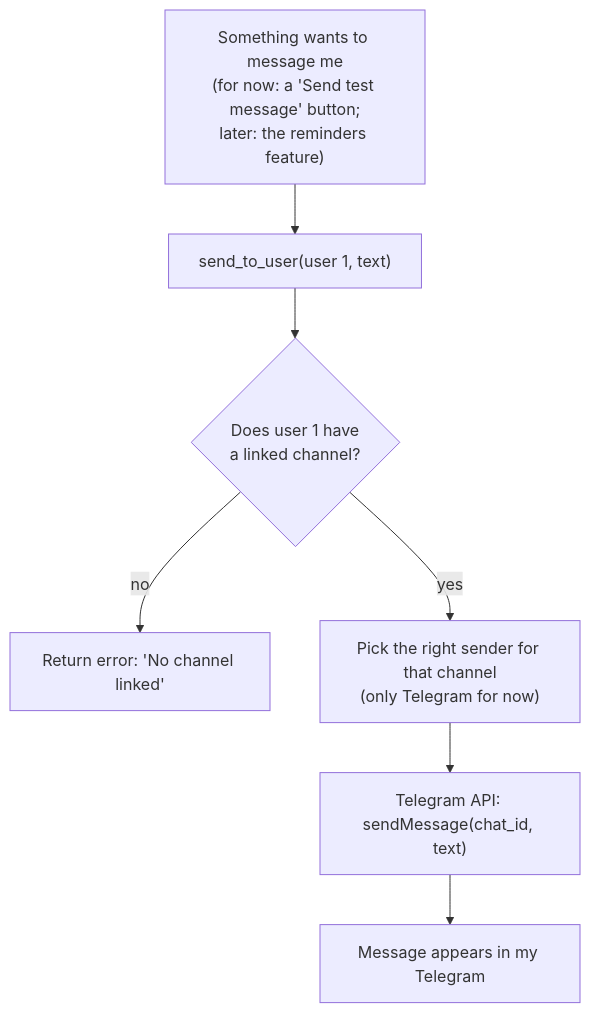
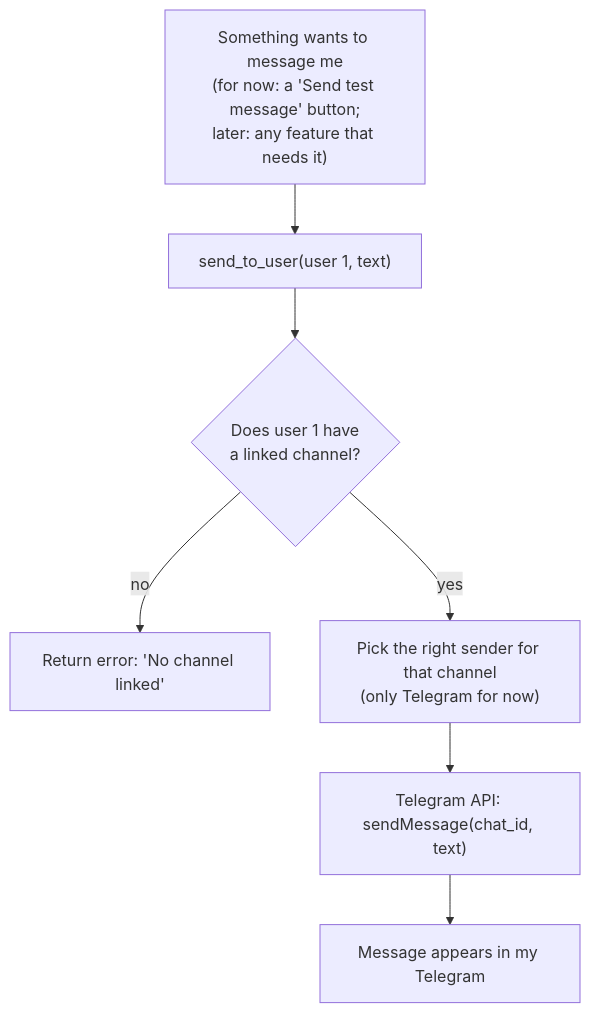
The third of 4 diagrams in docs/features/messaging-channel.md (Specterr07/applewatchtriggers), drawn with Mermaid before and after one commit. The commit also changed other lines of this file and 7 other files, not shown here.

First line of the commit message:
docs: remove the Reminders feature from the roadmap

````diff
--- a/docs/features/messaging-channel.md
+++ b/docs/features/messaging-channel.md
@@ -87,9 +87,9 @@
 ```mermaid
 flowchart TD
-    A["Something wants to message me<br/>(for now: a 'Send test message' button;<br/>later: the reminders feature)"] --> B["send_to_user(user 1, text)"]
+    A["Something wants to message me<br/>(for now: a 'Send test message' button;<br/>later: any feature that needs it)"] --> B["send_to_user(user 1, text)"]
     B --> C{"Does user 1 have<br/>a linked channel?"}
     C -- no --> D["Return error: 'No channel linked'"]
     C -- yes --> E["Pick the right sender for that channel<br/>(only Telegram for now)"]
     E --> F["Telegram API: sendMessage(chat_id, text)"]
     F --> G["Message appears in my Telegram"]
 ```
````
